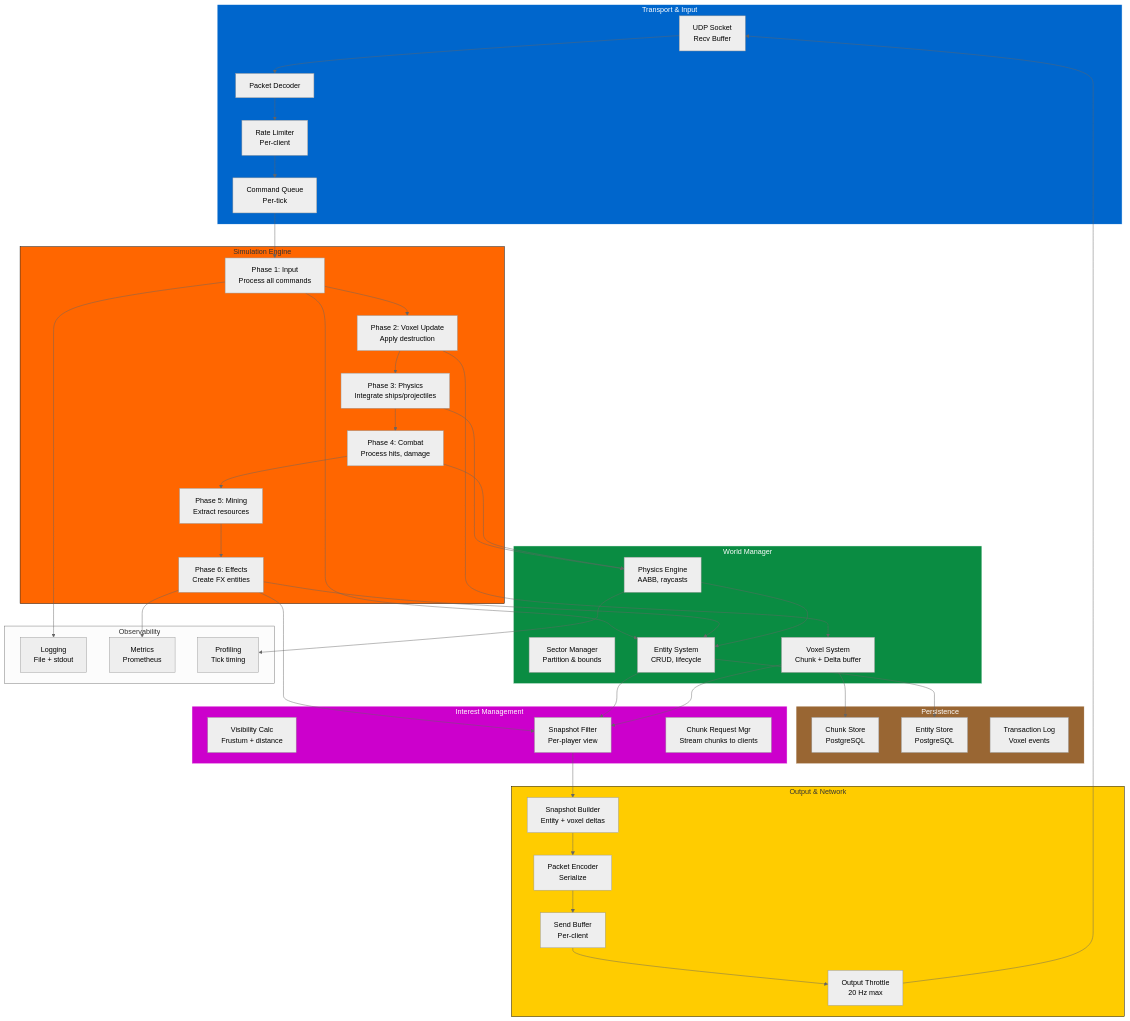
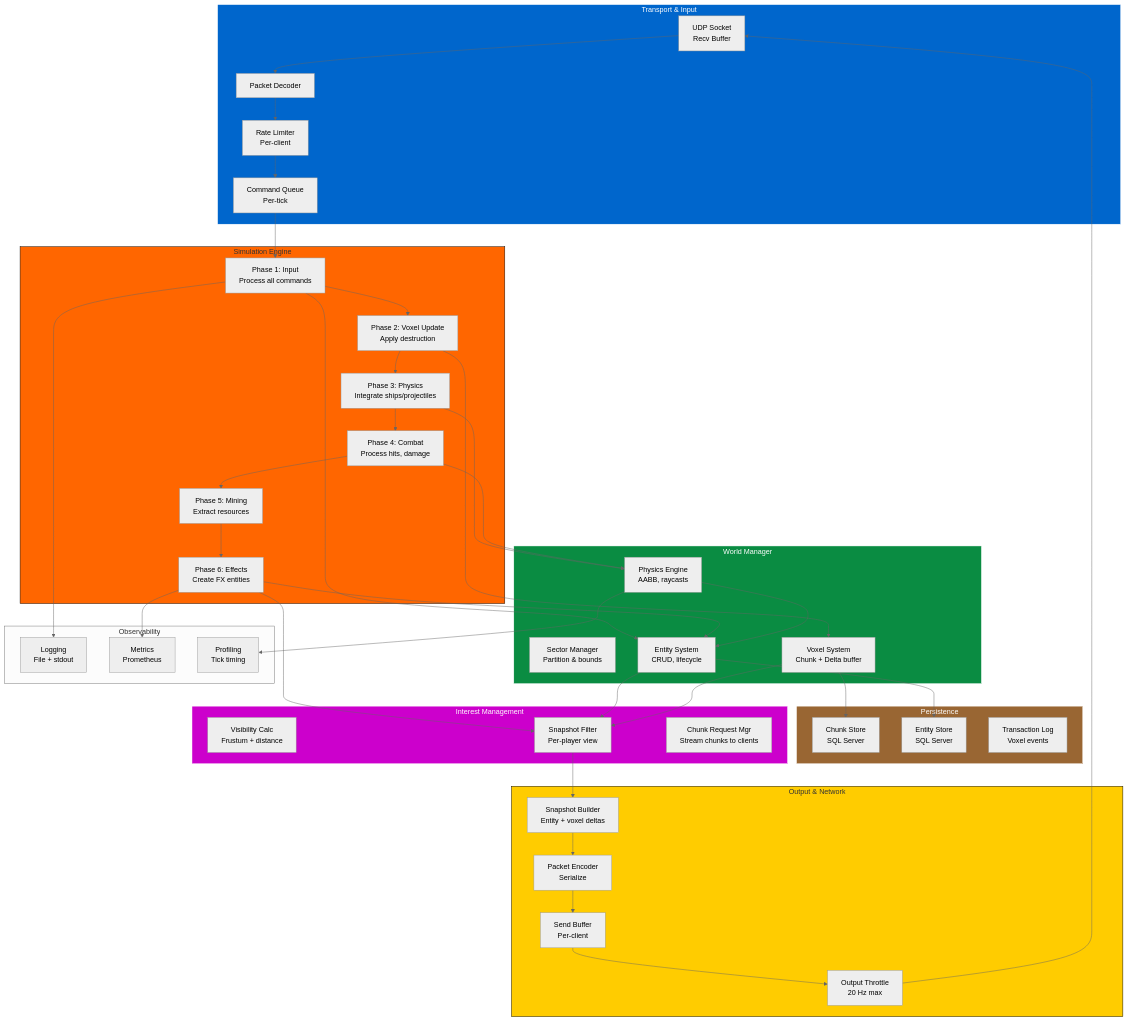
The third of 5 diagrams in StarStrike.md (Zwaliebaba/StarStrike.RTS), drawn with Mermaid (neutral theme) before and after one commit. The commit also changed other lines of this file and 10 other files, not shown here.

```diff
--- a/StarStrike.md
+++ b/StarStrike.md
@@ -357,8 +357,8 @@
     end
     
     subgraph PersistenceLayer["Persistence"]
-        ChunkStore["Chunk Store<br/>PostgreSQL"]
-        EntityStore["Entity Store<br/>PostgreSQL"]
+        ChunkStore["Chunk Store<br/>SQL Server"]
+        EntityStore["Entity Store<br/>SQL Server"]
         TransactionLog["Transaction Log<br/>Voxel events"]
     end
     
```
